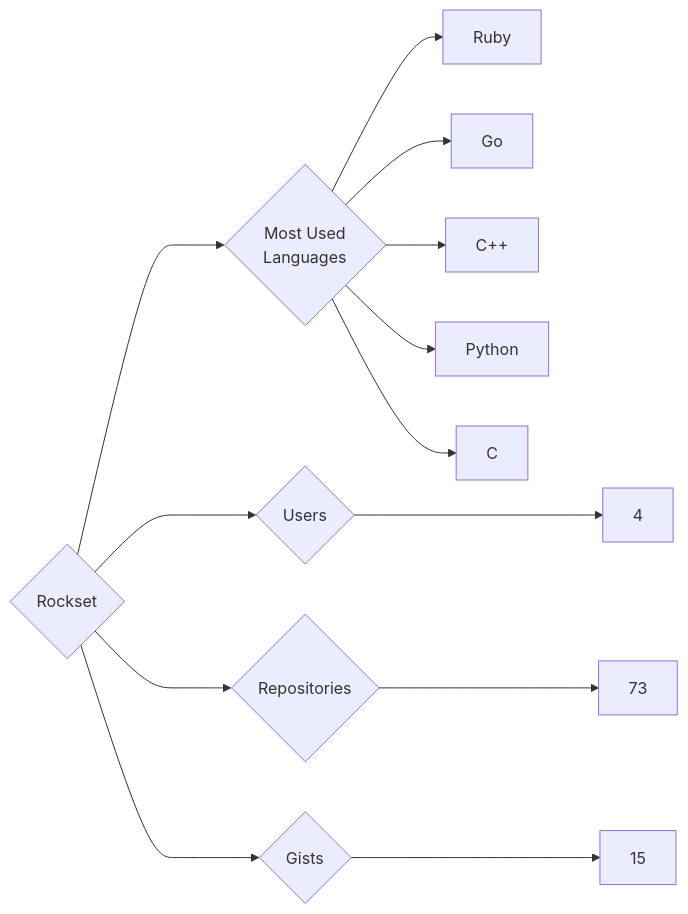
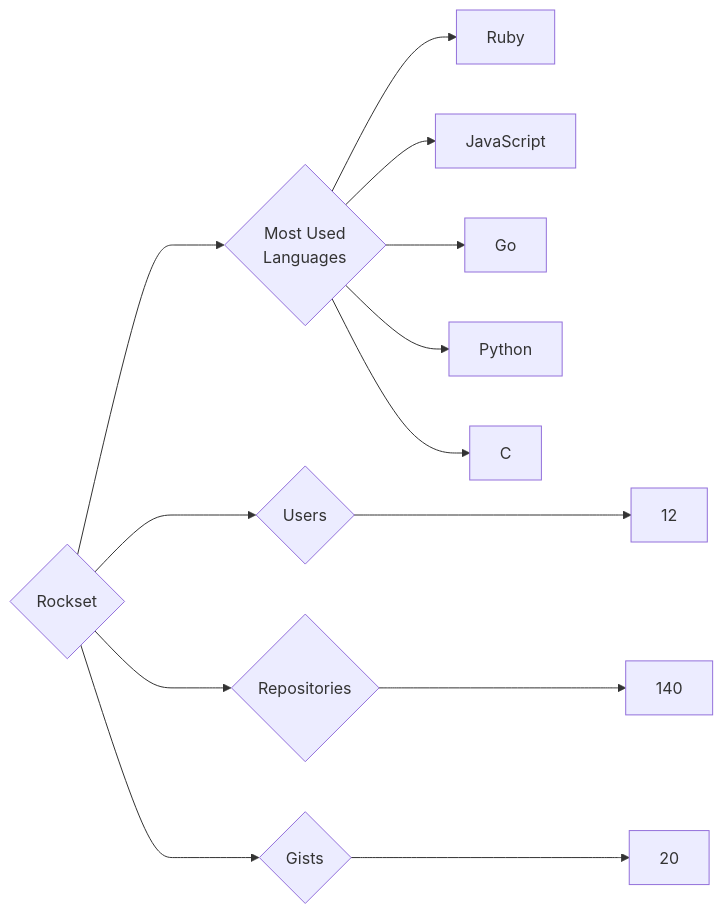
The diagram in targets/Rockset/README.md (trickest/insiders), drawn with Mermaid before and after one commit. The commit also changed 534 other files, not shown here.

````diff
--- a/targets/Rockset/README.md
+++ b/targets/Rockset/README.md
@@ -3,13 +3,13 @@
 ```mermaid
 graph LR
 COMPANY_NAME{Rockset}
-COMPANY_NAME ---> U{Users} ---> UN[4]
-COMPANY_NAME ---> R{Repositories} ---> RN[73]
-COMPANY_NAME ---> G{Gists} ---> GN[15]
+COMPANY_NAME ---> U{Users} ---> UN[12]
+COMPANY_NAME ---> R{Repositories} ---> RN[140]
+COMPANY_NAME ---> G{Gists} ---> GN[20]
 COMPANY_NAME ---> ML{Most Used<br>Languages}
 ML --> Ruby[Ruby]
+ML --> JavaScript[JavaScript]
 ML --> Go[Go]
-ML --> C++[C++]
 ML --> Python[Python]
 ML --> C[C]
 ```
````
